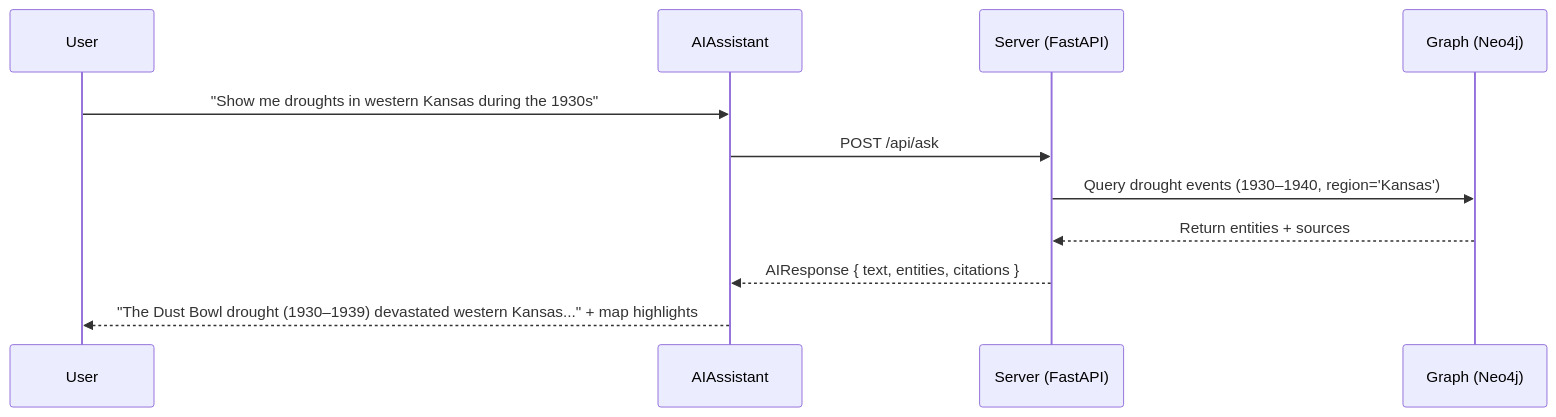
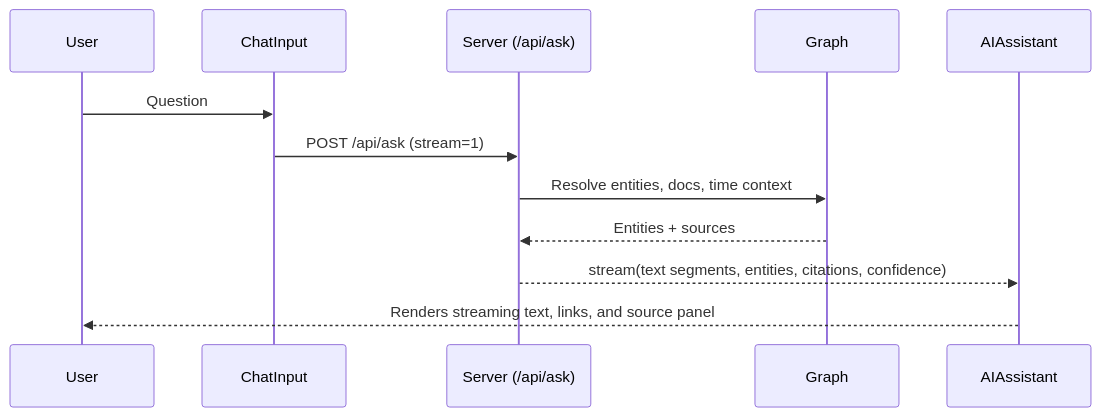
Before and after one commit to bartytime4life/Kansas-Frontier-Matrix: the second of 2 diagrams in web/src/components/AIAssistant/README.md, drawn with Mermaid. The commit also changed other lines of this file, not shown here.

````diff
--- a/web/src/components/AIAssistant/README.md
+++ b/web/src/components/AIAssistant/README.md
@@ -117,15 +145,16 @@
 ```mermaid
 sequenceDiagram
   participant U as User
-  participant A as AIAssistant
-  participant S as Server (FastAPI)
-  participant G as Graph (Neo4j)
+  participant C as ChatInput
+  participant S as Server (/api/ask)
+  participant G as Graph
+  participant P as AIAssistant
 
-  U->>A: "Show me droughts in western Kansas during the 1930s"
-  A->>S: POST /api/ask
-  S->>G: Query drought events (1930–1940, region='Kansas')
-  G-->>S: Return entities + sources
-  S-->>A: AIResponse { text, entities, citations }
-  A-->>U: "The Dust Bowl drought (1930–1939) devastated western Kansas..." + map highlights
+  U->>C: Question
+  C->>S: POST /api/ask (stream=1)
+  S->>G: Resolve entities, docs, time context
+  G-->>S: Entities + sources
+  S-->>P: stream(text segments, entities, citations, confidence)
+  P-->>U: Renders streaming text, links, and source panel
 %% END OF MERMAID
 ```
````
